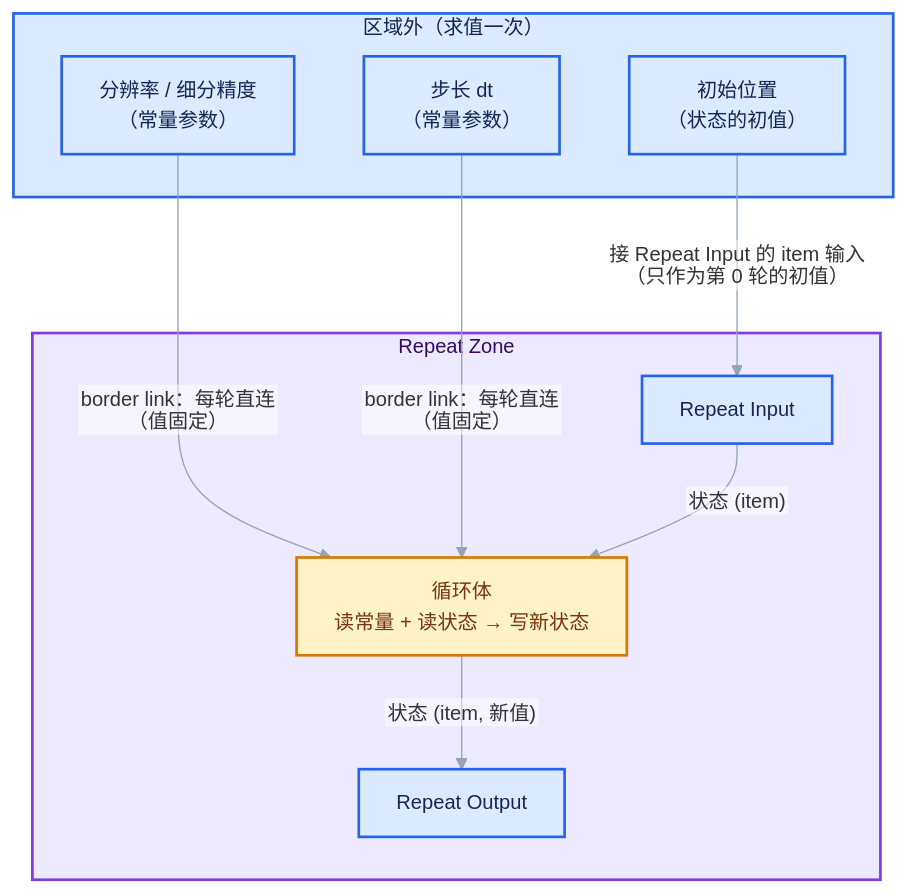
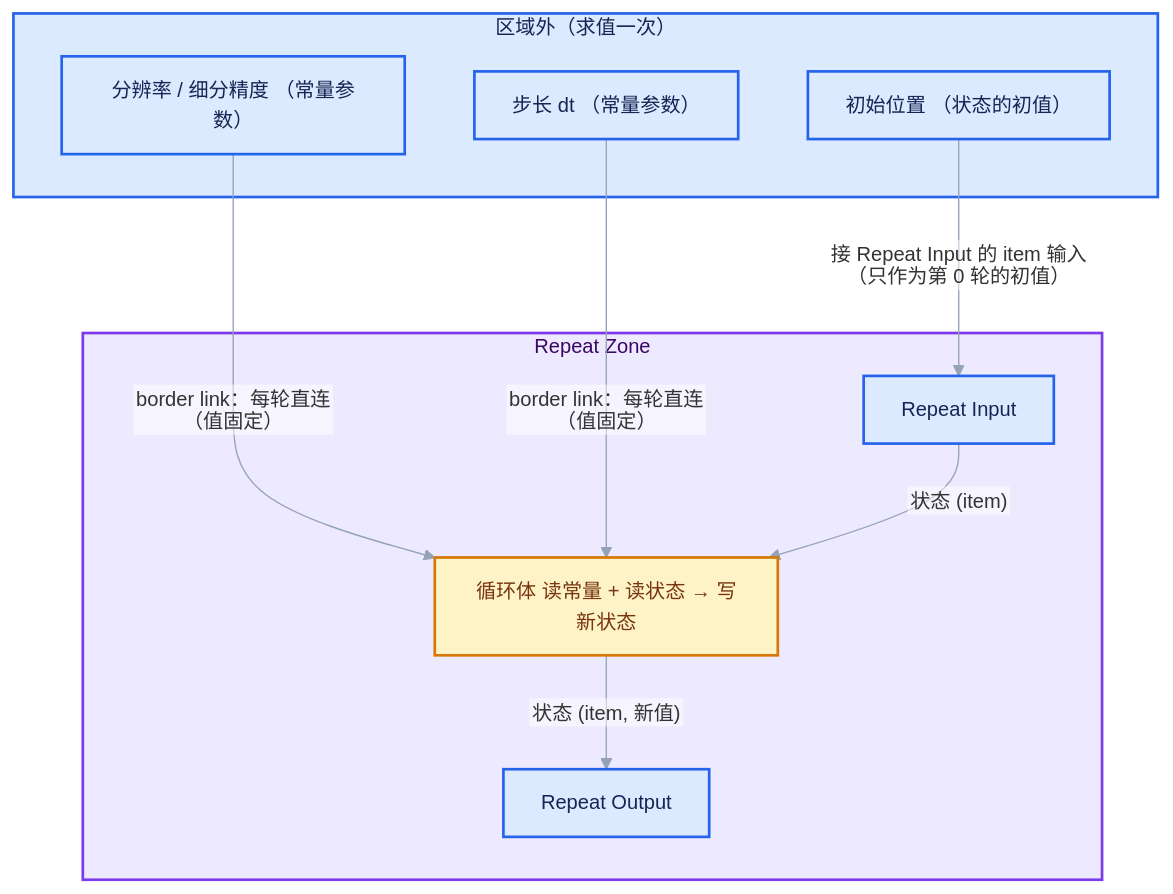
Diagram 11 of 16 in 杂/markdown/重复区域-dsh/06-实战与性能/01-使用模式与迭代设计.md (yunkezengren/blender-.vscode), drawn with Mermaid before and after one commit. The commit also changed other lines of this file and 27 other files, not shown here.

````diff
--- a/杂/markdown/重复区域-dsh/06-实战与性能/01-使用模式与迭代设计.md
+++ b/杂/markdown/重复区域-dsh/06-实战与性能/01-使用模式与迭代设计.md
@@ -667,31 +650,31 @@
 ```mermaid
 %%{init: {"theme":"base","themeVariables":{"fontFamily":"\"Segoe UI\",\"Microsoft YaHei\",sans-serif","fontSize":"15px","lineColor":"#94A3B8","edgeLabelBackground":"#FFFFFF","clusterBkg":"#F8FAFC","clusterBorder":"#CBD5E1"},"flowchart":{"htmlLabels":false,"curve":"basis","nodeSpacing":52,"rankSpacing":64,"padding":14,"diagramPadding":16,"useMaxWidth":true},"sequence":{"useMaxWidth":true,"wrap":true,"mirrorActors":false,"messageMargin":36}}}%%
 flowchart TB
     subgraph EXT["区域外（求值一次）"]
-        RES["分辨率 / 细分精度<br/>（常量参数）"]:::input
-        DT["步长 dt<br/>（常量参数）"]:::input
-        POS0["初始位置<br/>（状态的初值）"]:::input
+        RES["分辨率 / 细分精度 （常量参数）"]:::input
+        DT["步长 dt （常量参数）"]:::input
+        POS0["初始位置 （状态的初值）"]:::input
     end
 
     subgraph ZONE["Repeat Zone"]
         RI["Repeat Input"]:::input
         RO["Repeat Output"]:::input
-        BODY["循环体<br/>读常量 + 读状态 → 写新状态"]:::compute
+        BODY["循环体 读常量 + 读状态 → 写新状态"]:::compute
     end
 
-    RES -- "border link：每轮直连<br/>（值固定）" --> BODY
-    DT -- "border link：每轮直连<br/>（值固定）" --> BODY
-    POS0 -- "接 Repeat Input 的 item 输入<br/>（只作为第 0 轮的初值）" --> RI
+    RES -- "border link：每轮直连 （值固定）" --> BODY
+    DT -- "border link：每轮直连 （值固定）" --> BODY
+    POS0 -- "接 Repeat Input 的 item 输入 （只作为第 0 轮的初值）" --> RI
     RI -- "状态 (item)" --> BODY
     BODY -- "状态 (item, 新值)" --> RO
 
     class EXT input;
     class ZONE abstraction;
     class WRONG1,WRONG2 error;
     classDef input fill:#DBEAFE,stroke:#2563EB,color:#172554,stroke-width:2px;
     classDef data fill:#CFFAFE,stroke:#0891B2,color:#164E63,stroke-width:2px;
     classDef abstraction fill:#EDE9FE,stroke:#7C3AED,color:#3B0764,stroke-width:2px;
     classDef compute fill:#FEF3C7,stroke:#D97706,color:#78350F,stroke-width:2px;
     classDef result fill:#DCFCE7,stroke:#16A34A,color:#14532D,stroke-width:2px;
     classDef error fill:#FEE2E2,stroke:#DC2626,color:#7F1D1D,stroke-width:2px;
 ```
````
